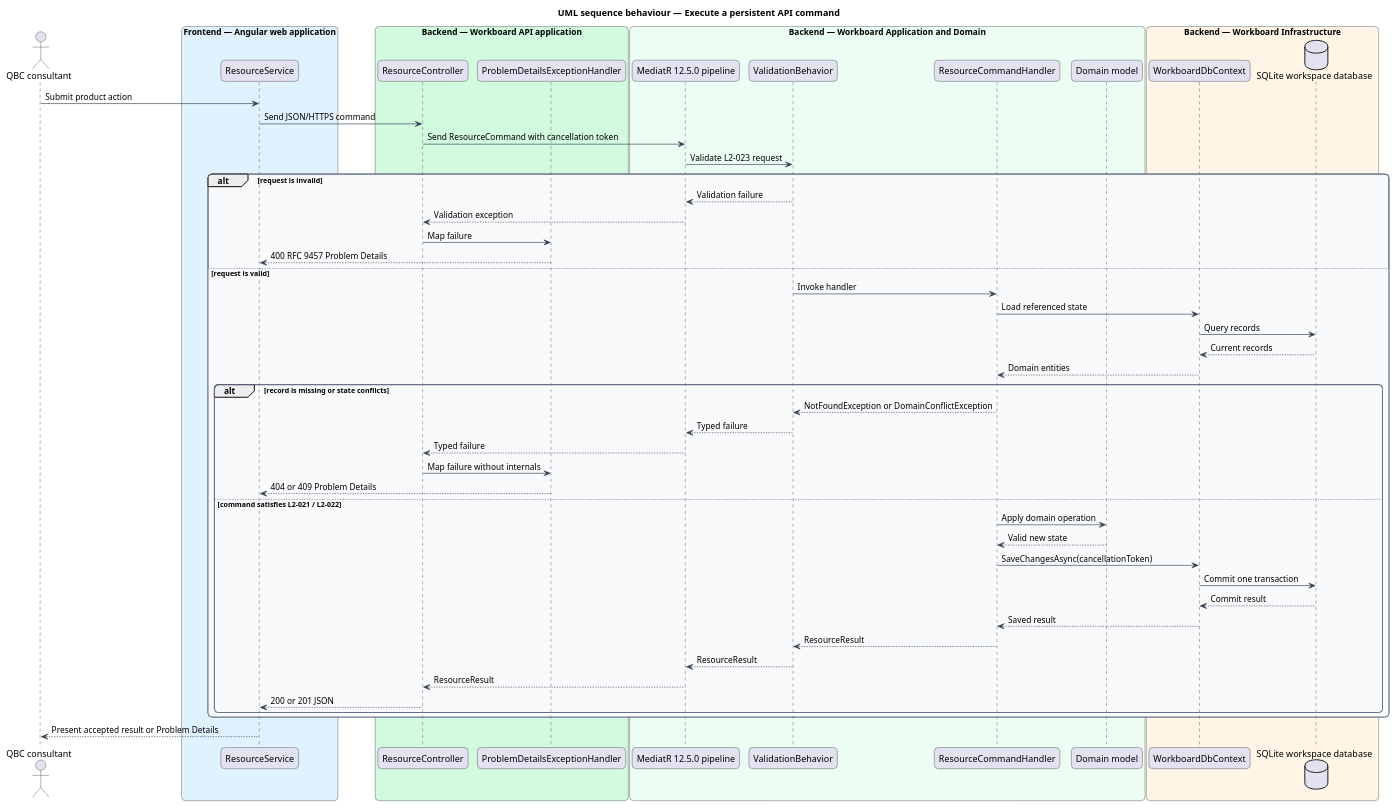
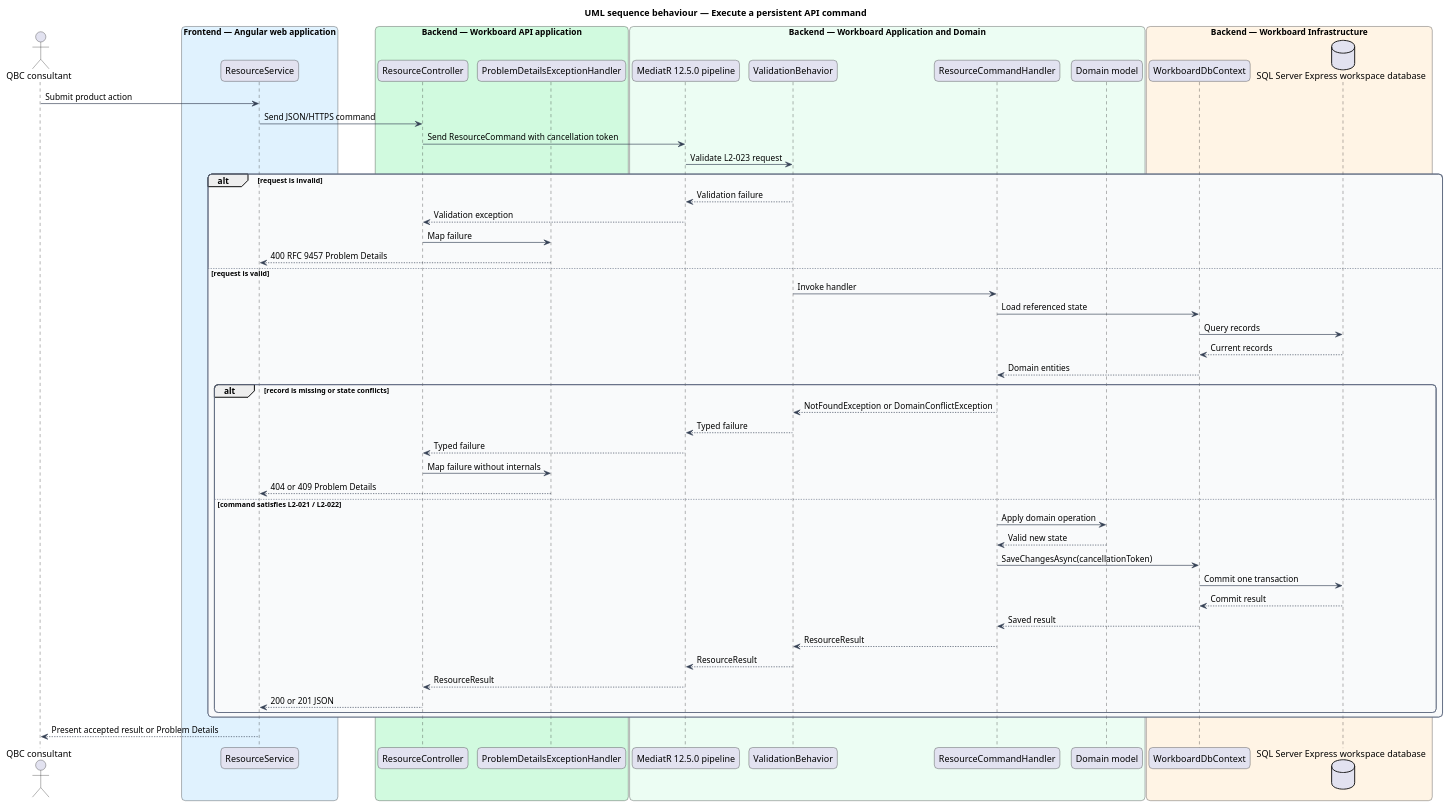
One commit to QuinntyneBrown/quinntyne-brown-consulting changed the diagram in docs/detailed-designs/platform/serve-persistent-workspace/diagrams/sequence-persist-command.puml. Above: the diagram before and after it, drawn with PlantUML. The commit also changed 60 other files, not shown here.

```diff
--- a/docs/detailed-designs/platform/serve-persistent-workspace/diagrams/sequence-persist-command.puml
+++ b/docs/detailed-designs/platform/serve-persistent-workspace/diagrams/sequence-persist-command.puml
@@ -1,71 +1,71 @@
 @startuml
 title UML sequence behaviour — Execute a persistent API command
 skinparam backgroundColor #FFFFFF
 skinparam shadowing false
 skinparam roundcorner 12
 skinparam defaultFontName Arial
 skinparam ArrowColor #344054
 skinparam rectangle {
   BorderColor #344054
   FontColor #101828
 }
 skinparam package {
   BorderColor #667085
   FontColor #101828
   BackgroundColor #F9FAFB
 }
 actor "QBC consultant" as actor
 box "Frontend — Angular web application" #E0F2FE
   participant "ResourceService" as client
 end box
 box "Backend — Workboard API application" #D1FADF
   participant "ResourceController" as controller
   participant "ProblemDetailsExceptionHandler" as problem
 end box
 box "Backend — Workboard Application and Domain" #ECFDF3
   participant "MediatR 12.5.0 pipeline" as mediator
   participant "ValidationBehavior" as validation
   participant "ResourceCommandHandler" as handler
   participant "Domain model" as domain
 end box
 box "Backend — Workboard Infrastructure" #FFF4E5
   participant "WorkboardDbContext" as context
-  database "SQLite workspace database" as db
+  database "SQL Server Express workspace database" as db
 end box
 
 actor -> client : Submit product action
 client -> controller : Send JSON/HTTPS command
 controller -> mediator : Send ResourceCommand with cancellation token
 mediator -> validation : Validate L2-023 request
 alt request is invalid
   validation --> mediator : Validation failure
   mediator --> controller : Validation exception
   controller -> problem : Map failure
   problem --> client : 400 RFC 9457 Problem Details
 else request is valid
   validation -> handler : Invoke handler
   handler -> context : Load referenced state
   context -> db : Query records
   db --> context : Current records
   context --> handler : Domain entities
   alt record is missing or state conflicts
     handler --> validation : NotFoundException or DomainConflictException
     validation --> mediator : Typed failure
     mediator --> controller : Typed failure
     controller -> problem : Map failure without internals
     problem --> client : 404 or 409 Problem Details
   else command satisfies L2-021 / L2-022
     handler -> domain : Apply domain operation
     domain --> handler : Valid new state
     handler -> context : SaveChangesAsync(cancellationToken)
     context -> db : Commit one transaction
     db --> context : Commit result
     context --> handler : Saved result
     handler --> validation : ResourceResult
     validation --> mediator : ResourceResult
     mediator --> controller : ResourceResult
     controller --> client : 200 or 201 JSON
   end
 end
 client --> actor : Present accepted result or Problem Details
 @enduml
```
